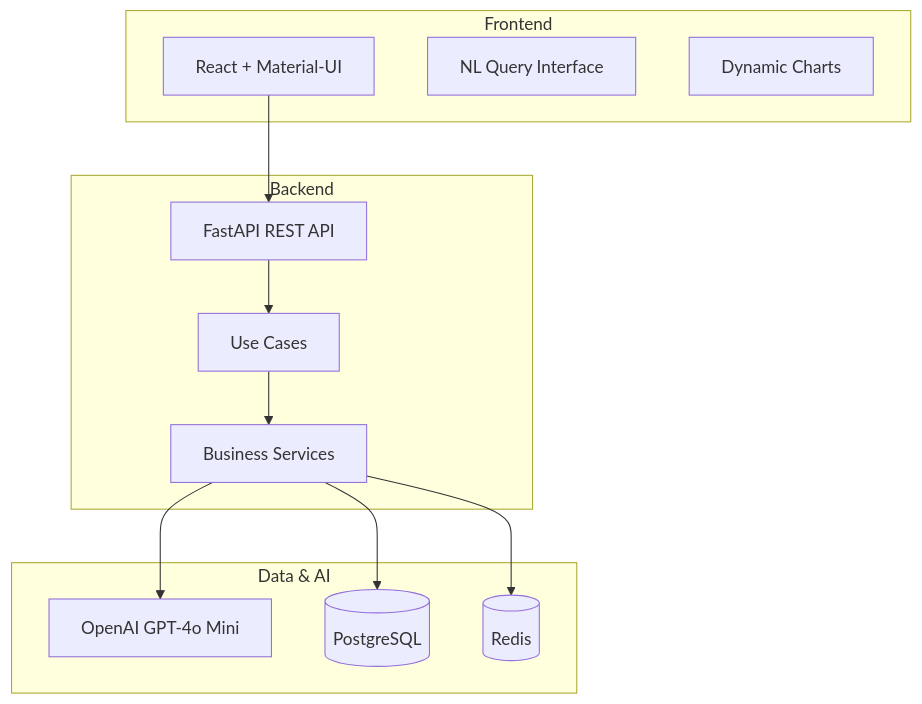
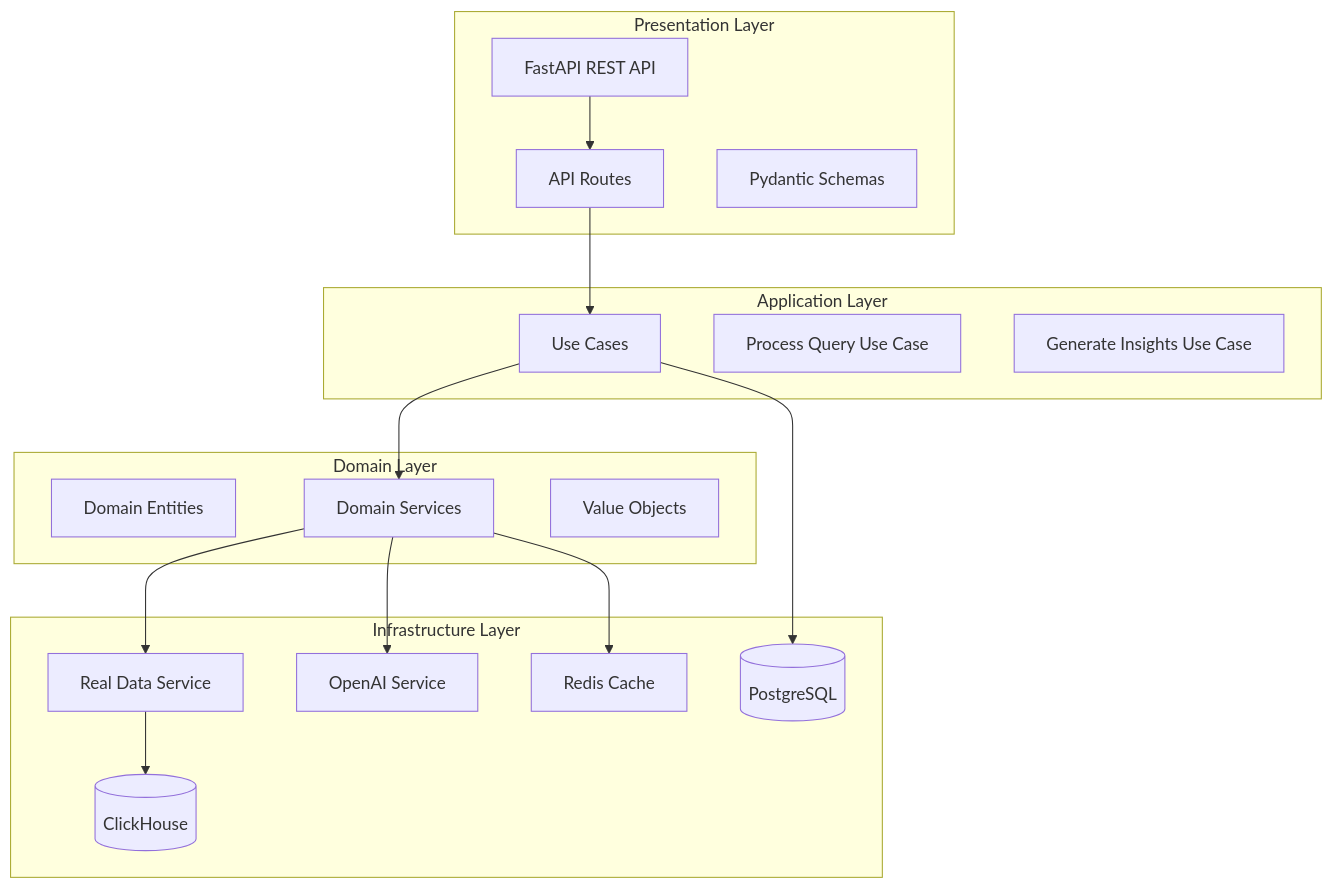
One commit to StephaneWamba/genai-data-insights-platform changed the first of 4 diagrams in README.md. Above: the diagram before and after it, drawn with Mermaid. The commit also changed other lines of this file and 127 other files, not shown here.

Commit message:
feat: Complete GenAI Data Insights Platform backend with modern data stack integration

````diff
--- a/README.md
+++ b/README.md
@@ -7,27 +7,37 @@
 ```mermaid
 graph TB
-    subgraph "Frontend"
-        UI[React + Material-UI]
-        Query[NL Query Interface]
-        Viz[Dynamic Charts]
+    subgraph "Presentation Layer"
+        API[FastAPI REST API]
+        Routes[API Routes]
+        Schemas[Pydantic Schemas]
     end
 
-    subgraph "Backend"
-        API[FastAPI REST API]
+    subgraph "Application Layer"
         UC[Use Cases]
-        Services[Business Services]
+        ProcessQuery[Process Query Use Case]
+        GenerateInsights[Generate Insights Use Case]
     end
 
-    subgraph "Data & AI"
-        LLM[OpenAI GPT-4o Mini]
-        DB[(PostgreSQL)]
-        Cache[(Redis)]
+    subgraph "Domain Layer"
+        Entities[Domain Entities]
+        Services[Domain Services]
+        ValueObjects[Value Objects]
     end
 
-    UI --> API
-    API --> UC
+    subgraph "Infrastructure Layer"
+        RealData[Real Data Service]
+        OpenAI[OpenAI Service]
+        Cache[Redis Cache]
+        DB[(PostgreSQL)]
+        ClickHouse[(ClickHouse)]
+    end
+
+    API --> Routes
+    Routes --> UC
     UC --> Services
-    Services --> LLM
-    Services --> DB
+    Services --> RealData
+    Services --> OpenAI
     Services --> Cache
+    RealData --> ClickHouse
+    UC --> DB
 ```
````
